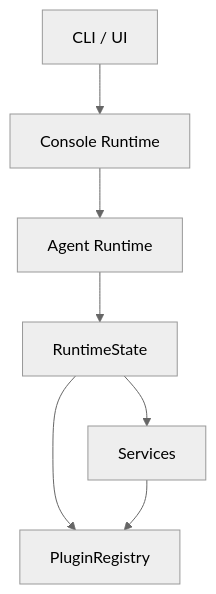
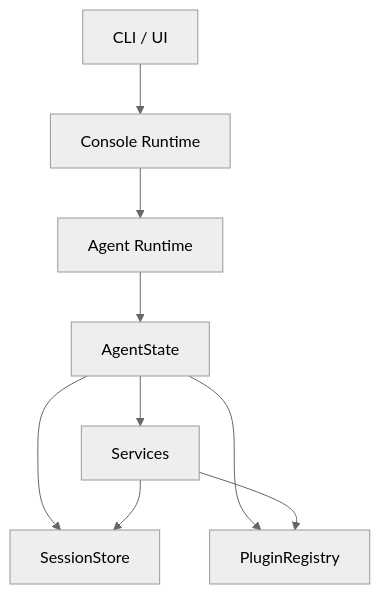
Before and after one commit to wangenius/downcity: the second of 3 diagrams in homepage/content/devdocs/zh/package/runtime-evolution.mdx, drawn with Mermaid (neutral theme). The commit also changed other lines of this file and 37 other files, not shown here.

````diff
--- a/homepage/content/devdocs/zh/package/runtime-evolution.mdx
+++ b/homepage/content/devdocs/zh/package/runtime-evolution.mdx
@@ -165,9 +136,11 @@
 ```mermaid
 flowchart TD
   CLI["CLI / UI"] --> CONSOLE["Console Runtime"]
   CONSOLE --> AGENT["Agent Runtime"]
-  AGENT --> RT["RuntimeState"]
-  RT --> SVC["Services"]
-  RT --> PR["PluginRegistry"]
+  AGENT --> AST["AgentState"]
+  AST --> SESS["SessionStore"]
+  AST --> SVC["Services"]
+  AST --> PR["PluginRegistry"]
   SVC --> PR
+  SVC --> SESS
 ```
````
